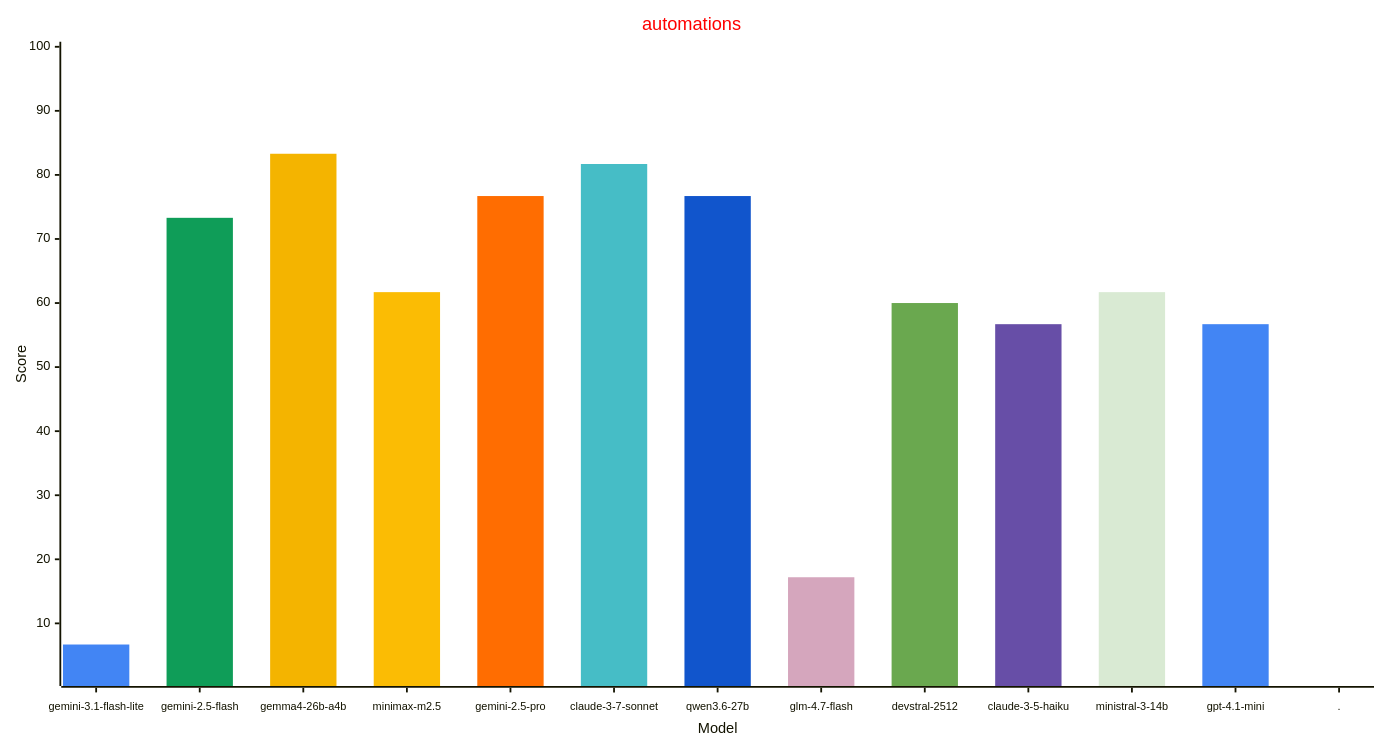
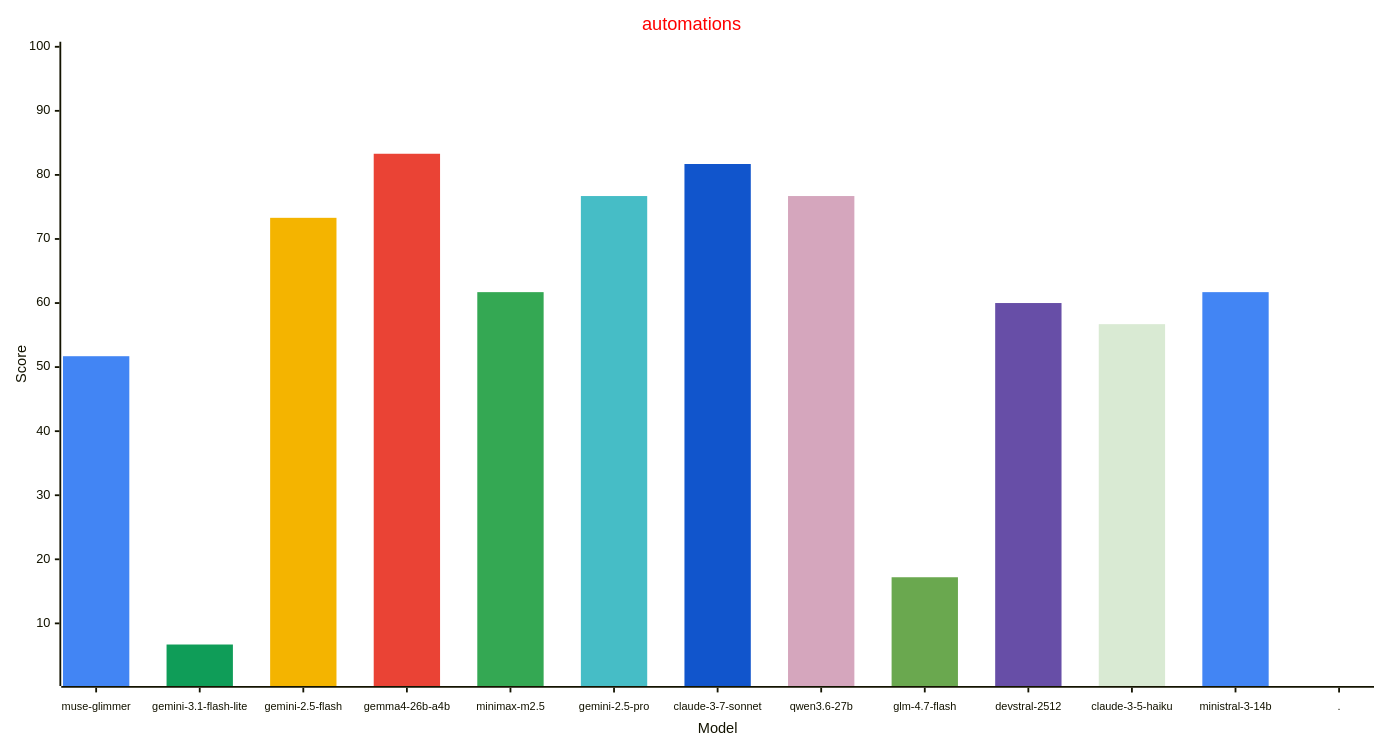
The fourth of 4 diagrams in reports/README.md (allenporter/home-assistant-datasets), drawn with Mermaid before and after one commit. The commit also changed other lines of this file, not shown here.

````diff
--- a/reports/README.md
+++ b/reports/README.md
@@ -227,33 +228,33 @@
 ```mermaid
 ---
 config:
     xyChart:
         width: 1500
         height: 800
         xAxis:
           labelFontSize: 12
           labelPadding: 8
     themeVariables:
         xyChart:
             titleColor: "#ff0000"
-            plotColorPalette: "#4285f4, #0f9d58, #f4b400, #fbbc04, #ff6d01, #46bdc6, #1155cc, #d5a6bd, #6aa84f, #674ea7, #d9ead3, #4285f4, #4285f4"
+            plotColorPalette: "#4285f4, #0f9d58, #f4b400, #ea4335, #34a853, #46bdc6, #1155cc, #d5a6bd, #6aa84f, #674ea7, #d9ead3, #4285f4, #4285f4"
 
 ---
 xychart-beta
   title "automations"
-  x-axis "Model" [gemini-3.1-flash-lite, gemini-2.5-flash, gemma4-26b-a4b, minimax-m2.5, gemini-2.5-pro, claude-3-7-sonnet, qwen3.6-27b, glm-4.7-flash, devstral-2512, claude-3-5-haiku, ministral-3-14b, gpt-4.1-mini, .]
+  x-axis "Model" [muse-glimmer, gemini-3.1-flash-lite, gemini-2.5-flash, gemma4-26b-a4b, minimax-m2.5, gemini-2.5-pro, claude-3-7-sonnet, qwen3.6-27b, glm-4.7-flash, devstral-2512, claude-3-5-haiku, ministral-3-14b, .]
   y-axis "Score" 1 --> 100
-  bar [6.7, 0.0, 0.0, 0.0, 0.0, 0.0, 0.0, 0.0, 0.0, 0.0, 0.0, 0.0, 0.0]
-  bar [0.0, 73.3, 0.0, 0.0, 0.0, 0.0, 0.0, 0.0, 0.0, 0.0, 0.0, 0.0, 0.0]
-  bar [0.0, 0.0, 83.3, 0.0, 0.0, 0.0, 0.0, 0.0, 0.0, 0.0, 0.0, 0.0, 0.0]
-  bar [0.0, 0.0, 0.0, 61.7, 0.0, 0.0, 0.0, 0.0, 0.0, 0.0, 0.0, 0.0, 0.0]
-  bar [0.0, 0.0, 0.0, 0.0, 76.7, 0.0, 0.0, 0.0, 0.0, 0.0, 0.0, 0.0, 0.0]
-  bar [0.0, 0.0, 0.0, 0.0, 0.0, 81.7, 0.0, 0.0, 0.0, 0.0, 0.0, 0.0, 0.0]
-  bar [0.0, 0.0, 0.0, 0.0, 0.0, 0.0, 76.7, 0.0, 0.0, 0.0, 0.0, 0.0, 0.0]
-  bar [0.0, 0.0, 0.0, 0.0, 0.0, 0.0, 0.0, 17.2, 0.0, 0.0, 0.0, 0.0, 0.0]
-  bar [0.0, 0.0, 0.0, 0.0, 0.0, 0.0, 0.0, 0.0, 60.0, 0.0, 0.0, 0.0, 0.0]
-  bar [0.0, 0.0, 0.0, 0.0, 0.0, 0.0, 0.0, 0.0, 0.0, 56.7, 0.0, 0.0, 0.0]
-  bar [0.0, 0.0, 0.0, 0.0, 0.0, 0.0, 0.0, 0.0, 0.0, 0.0, 61.7, 0.0, 0.0]
-  bar [0.0, 0.0, 0.0, 0.0, 0.0, 0.0, 0.0, 0.0, 0.0, 0.0, 0.0, 56.7, 0.0]
+  bar [51.7, 0.0, 0.0, 0.0, 0.0, 0.0, 0.0, 0.0, 0.0, 0.0, 0.0, 0.0, 0.0]
+  bar [0.0, 6.7, 0.0, 0.0, 0.0, 0.0, 0.0, 0.0, 0.0, 0.0, 0.0, 0.0, 0.0]
+  bar [0.0, 0.0, 73.3, 0.0, 0.0, 0.0, 0.0, 0.0, 0.0, 0.0, 0.0, 0.0, 0.0]
+  bar [0.0, 0.0, 0.0, 83.3, 0.0, 0.0, 0.0, 0.0, 0.0, 0.0, 0.0, 0.0, 0.0]
+  bar [0.0, 0.0, 0.0, 0.0, 61.7, 0.0, 0.0, 0.0, 0.0, 0.0, 0.0, 0.0, 0.0]
+  bar [0.0, 0.0, 0.0, 0.0, 0.0, 76.7, 0.0, 0.0, 0.0, 0.0, 0.0, 0.0, 0.0]
+  bar [0.0, 0.0, 0.0, 0.0, 0.0, 0.0, 81.7, 0.0, 0.0, 0.0, 0.0, 0.0, 0.0]
+  bar [0.0, 0.0, 0.0, 0.0, 0.0, 0.0, 0.0, 76.7, 0.0, 0.0, 0.0, 0.0, 0.0]
+  bar [0.0, 0.0, 0.0, 0.0, 0.0, 0.0, 0.0, 0.0, 17.2, 0.0, 0.0, 0.0, 0.0]
+  bar [0.0, 0.0, 0.0, 0.0, 0.0, 0.0, 0.0, 0.0, 0.0, 60.0, 0.0, 0.0, 0.0]
+  bar [0.0, 0.0, 0.0, 0.0, 0.0, 0.0, 0.0, 0.0, 0.0, 0.0, 56.7, 0.0, 0.0]
+  bar [0.0, 0.0, 0.0, 0.0, 0.0, 0.0, 0.0, 0.0, 0.0, 0.0, 0.0, 61.7, 0.0]
   bar [0.0, 0.0, 0.0, 0.0, 0.0, 0.0, 0.0, 0.0, 0.0, 0.0, 0.0, 0.0, -1.0]
 ```
````
